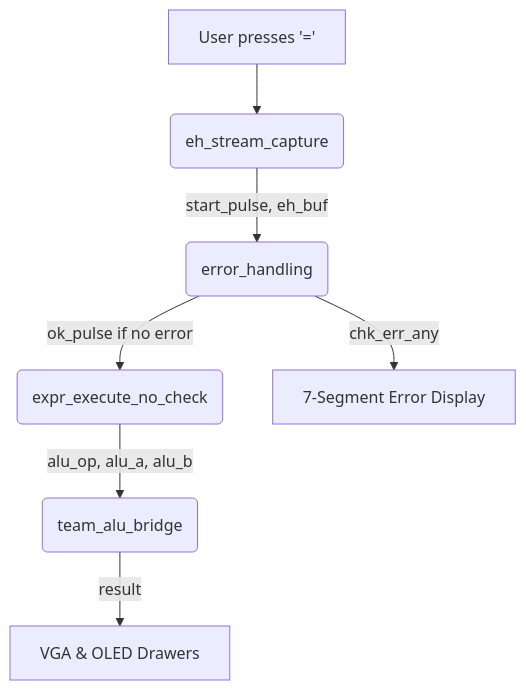
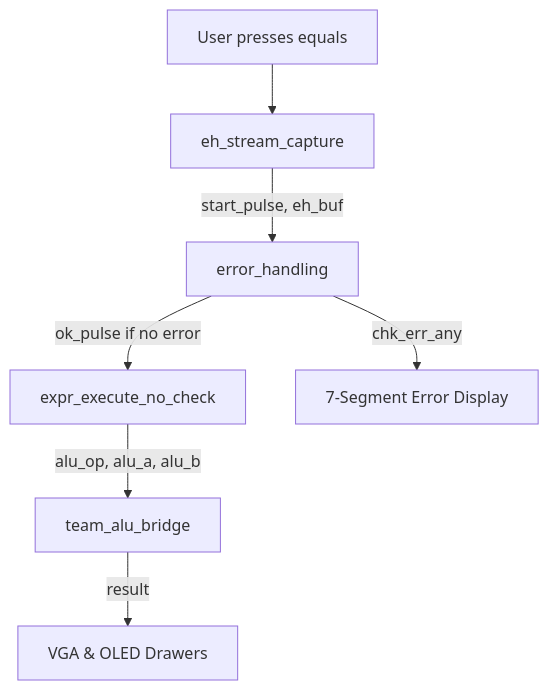
One commit to Yxiang-828/EE2026-Project-Vivado changed the third of 5 diagrams in README.md. Above: the diagram before and after it, drawn with Mermaid. The commit also changed other lines of this file, not shown here.

First line of the commit message:
Restructure first Mermaid diagram for better clarity

````diff
--- a/README.md
+++ b/README.md
@@ -108,9 +107,9 @@
 ```mermaid
 graph TD
-    A[User presses '='] --> B(eh_stream_capture)
-    B -- start_pulse, eh_buf --> C(error_handling)
-    C -- ok_pulse if no error --> D(expr_execute_no_check)
-    D -- alu_op, alu_a, alu_b --> E(team_alu_bridge)
-    E -- result --> F[VGA & OLED Drawers]
-    C -- chk_err_any --> G[7-Segment Error Display]
+    A[User presses equals] --> B[eh_stream_capture]
+    B -->|start_pulse, eh_buf| C[error_handling]
+    C -->|ok_pulse if no error| D[expr_execute_no_check]
+    D -->|alu_op, alu_a, alu_b| E[team_alu_bridge]
+    E -->|result| F[VGA & OLED Drawers]
+    C -->|chk_err_any| G[7-Segment Error Display]
 ```
````
